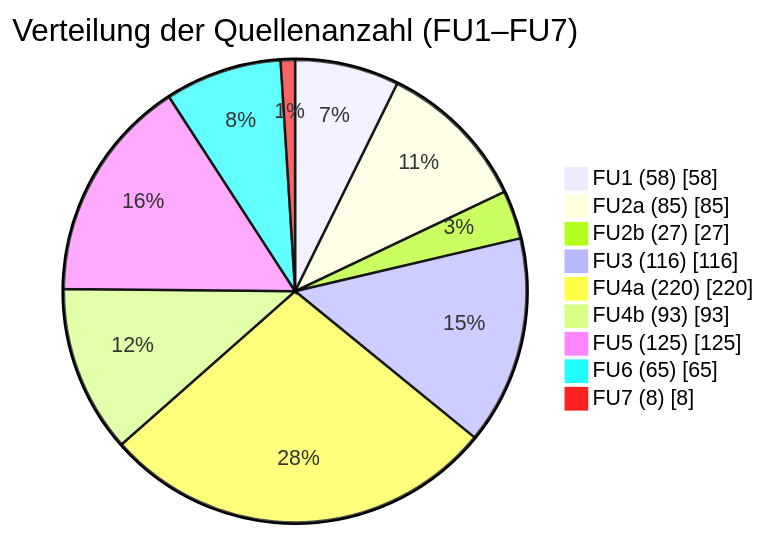
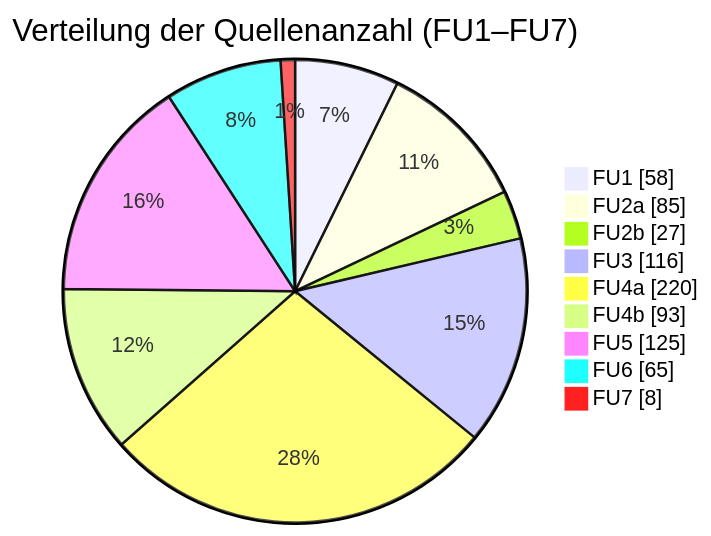
Before and after one commit to jochen-hanisch/research: the first of 2 diagrams in Promotion/03 Quellenanalyse/03-01 Kategorien/Analyse der Forschungsfragen/Verteilung der Quellenanzahl.md, drawn with Mermaid. The commit also changed other lines of this file, not shown here.

Commit message:
Layoutanpassung

````diff
--- a/Promotion/03 Quellenanalyse/03-01 Kategorien/Analyse der Forschungsfragen/Verteilung der Quellenanzahl.md
+++ b/Promotion/03 Quellenanalyse/03-01 Kategorien/Analyse der Forschungsfragen/Verteilung der Quellenanzahl.md
@@ -23,13 +21,13 @@
 ```mermaid
 pie showData
   title Verteilung der Quellenanzahl (FU1–FU7)
-  "FU1 (58)" : 58
-  "FU2a (85)" : 85
-  "FU2b (27)" : 27
-  "FU3 (116)" : 116
-  "FU4a (220)" : 220
-  "FU4b (93)" : 93
-  "FU5 (125)" : 125
-  "FU6 (65)" : 65
-  "FU7 (8)" : 8
+  "FU1" : 58
+  "FU2a" : 85
+  "FU2b" : 27
+  "FU3" : 116
+  "FU4a" : 220
+  "FU4b" : 93
+  "FU5" : 125
+  "FU6" : 65
+  "FU7" : 8
 ```
````
